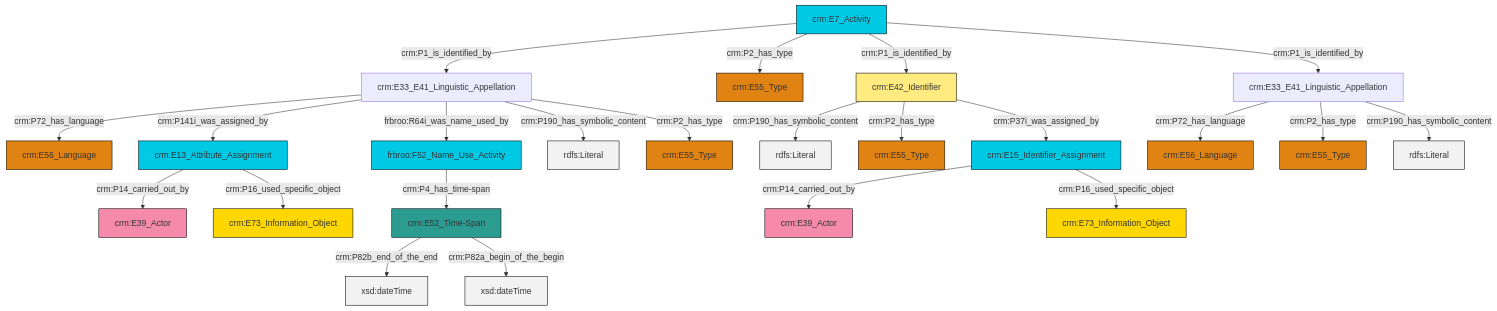
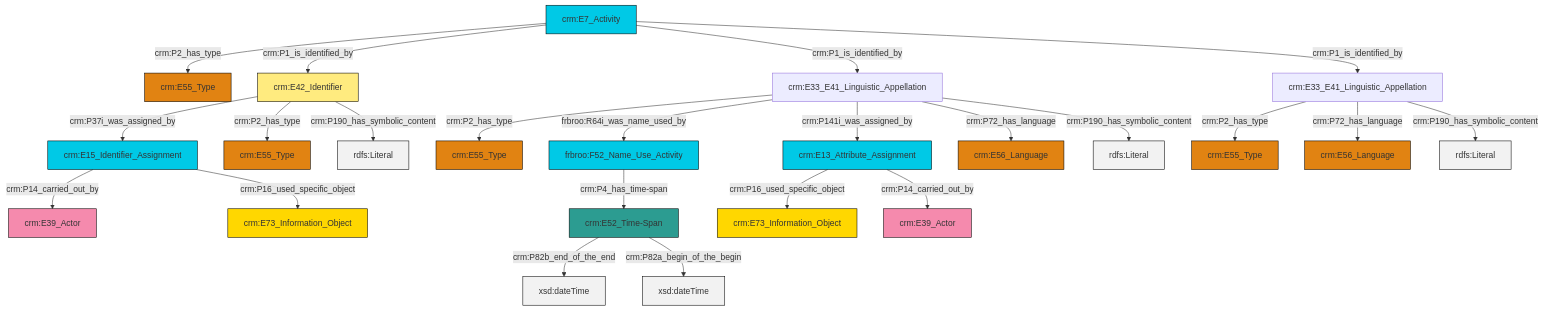
The diagram in et/eventCSV/ttl/mmd/event_name.ttl.mmd (swiss-art-research-net/docs.swissartresearch), drawn with Mermaid before and after one commit. The commit also changed 178 other files, not shown here.

```diff
--- a/et/eventCSV/ttl/mmd/event_name.ttl.mmd
+++ b/et/eventCSV/ttl/mmd/event_name.ttl.mmd
@@ -1,37 +1,37 @@
 graph TD
 classDef Literal fill:#f2f2f2,stroke:#000000;
 classDef CRM_Entity fill:#FFFFFF,stroke:#000000;
 classDef Temporal_Entity fill:#00C9E6, stroke:#000000;
 classDef Type fill:#E18312, stroke:#000000;
 classDef Time-Span fill:#2C9C91, stroke:#000000;
 classDef Appellation fill:#FFEB7F, stroke:#000000;
 classDef Place fill:#008836, stroke:#000000;
 classDef Persistent_Item fill:#B266B2, stroke:#000000;
 classDef Conceptual_Object fill:#FFD700, stroke:#000000;
 classDef Physical_Thing fill:#D2B48C, stroke:#000000;
 classDef Actor fill:#f58aad, stroke:#000000;
 classDef PC_Classes fill:#4ce600, stroke:#000000;
 classDef Multi fill:#cccccc,stroke:#000000;
 
-0["crm:E33_E41_Linguistic_Appellation"]:::Default -->|crm:P72_has_language| 1["crm:E56_Language"]:::Type
-2["crm:E15_Identifier_Assignment"]:::Temporal_Entity -->|crm:P14_carried_out_by| 3["crm:E39_Actor"]:::Actor
-6["crm:E42_Identifier"]:::Appellation -->|crm:P190_has_symbolic_content| 7[rdfs:Literal]:::Literal
-8["crm:E33_E41_Linguistic_Appellation"]:::Default -->|crm:P72_has_language| 9["crm:E56_Language"]:::Type
-10["crm:E7_Activity"]:::Temporal_Entity -->|crm:P1_is_identified_by| 0["crm:E33_E41_Linguistic_Appellation"]:::Default
-0["crm:E33_E41_Linguistic_Appellation"]:::Default -->|crm:P141i_was_assigned_by| 12["crm:E13_Attribute_Assignment"]:::Temporal_Entity
-10["crm:E7_Activity"]:::Temporal_Entity -->|crm:P2_has_type| 17["crm:E55_Type"]:::Type
-12["crm:E13_Attribute_Assignment"]:::Temporal_Entity -->|crm:P14_carried_out_by| 18["crm:E39_Actor"]:::Actor
-10["crm:E7_Activity"]:::Temporal_Entity -->|crm:P1_is_identified_by| 6["crm:E42_Identifier"]:::Appellation
-6["crm:E42_Identifier"]:::Appellation -->|crm:P2_has_type| 22["crm:E55_Type"]:::Type
-25["crm:E52_Time-Span"]:::Time-Span -->|crm:P82b_end_of_the_end| 28[xsd:dateTime]:::Literal
-0["crm:E33_E41_Linguistic_Appellation"]:::Default -->|frbroo:R64i_was_name_used_by| 20["frbroo:F52_Name_Use_Activity"]:::Temporal_Entity
-20["frbroo:F52_Name_Use_Activity"]:::Temporal_Entity -->|crm:P4_has_time-span| 25["crm:E52_Time-Span"]:::Time-Span
-10["crm:E7_Activity"]:::Temporal_Entity -->|crm:P1_is_identified_by| 8["crm:E33_E41_Linguistic_Appellation"]:::Default
-8["crm:E33_E41_Linguistic_Appellation"]:::Default -->|crm:P2_has_type| 29["crm:E55_Type"]:::Type
-6["crm:E42_Identifier"]:::Appellation -->|crm:P37i_was_assigned_by| 2["crm:E15_Identifier_Assignment"]:::Temporal_Entity
-2["crm:E15_Identifier_Assignment"]:::Temporal_Entity -->|crm:P16_used_specific_object| 32["crm:E73_Information_Object"]:::Conceptual_Object
-0["crm:E33_E41_Linguistic_Appellation"]:::Default -->|crm:P190_has_symbolic_content| 33[rdfs:Literal]:::Literal
-12["crm:E13_Attribute_Assignment"]:::Temporal_Entity -->|crm:P16_used_specific_object| 4["crm:E73_Information_Object"]:::Conceptual_Object
-25["crm:E52_Time-Span"]:::Time-Span -->|crm:P82a_begin_of_the_begin| 35[xsd:dateTime]:::Literal
-0["crm:E33_E41_Linguistic_Appellation"]:::Default -->|crm:P2_has_type| 14["crm:E55_Type"]:::Type
-8["crm:E33_E41_Linguistic_Appellation"]:::Default -->|crm:P190_has_symbolic_content| 39[rdfs:Literal]:::Literal
+0["crm:E15_Identifier_Assignment"]:::Temporal_Entity -->|crm:P14_carried_out_by| 1["crm:E39_Actor"]:::Actor
+2["crm:E52_Time-Span"]:::Time-Span -->|crm:P82b_end_of_the_end| 3[xsd:dateTime]:::Literal
+6["crm:E33_E41_Linguistic_Appellation"]:::Default -->|crm:P2_has_type| 7["crm:E55_Type"]:::Type
+6["crm:E33_E41_Linguistic_Appellation"]:::Default -->|crm:P72_has_language| 4["crm:E56_Language"]:::Type
+19["crm:E7_Activity"]:::Temporal_Entity -->|crm:P2_has_type| 17["crm:E55_Type"]:::Type
+8["crm:E33_E41_Linguistic_Appellation"]:::Default -->|crm:P2_has_type| 15["crm:E55_Type"]:::Type
+22["crm:E13_Attribute_Assignment"]:::Temporal_Entity -->|crm:P16_used_specific_object| 23["crm:E73_Information_Object"]:::Conceptual_Object
+11["crm:E42_Identifier"]:::Appellation -->|crm:P37i_was_assigned_by| 0["crm:E15_Identifier_Assignment"]:::Temporal_Entity
+8["crm:E33_E41_Linguistic_Appellation"]:::Default -->|frbroo:R64i_was_name_used_by| 24["frbroo:F52_Name_Use_Activity"]:::Temporal_Entity
+8["crm:E33_E41_Linguistic_Appellation"]:::Default -->|crm:P141i_was_assigned_by| 22["crm:E13_Attribute_Assignment"]:::Temporal_Entity
+8["crm:E33_E41_Linguistic_Appellation"]:::Default -->|crm:P72_has_language| 13["crm:E56_Language"]:::Type
+0["crm:E15_Identifier_Assignment"]:::Temporal_Entity -->|crm:P16_used_specific_object| 26["crm:E73_Information_Object"]:::Conceptual_Object
+19["crm:E7_Activity"]:::Temporal_Entity -->|crm:P1_is_identified_by| 11["crm:E42_Identifier"]:::Appellation
+8["crm:E33_E41_Linguistic_Appellation"]:::Default -->|crm:P190_has_symbolic_content| 27[rdfs:Literal]:::Literal
+2["crm:E52_Time-Span"]:::Time-Span -->|crm:P82a_begin_of_the_begin| 28[xsd:dateTime]:::Literal
+6["crm:E33_E41_Linguistic_Appellation"]:::Default -->|crm:P190_has_symbolic_content| 30[rdfs:Literal]:::Literal
+24["frbroo:F52_Name_Use_Activity"]:::Temporal_Entity -->|crm:P4_has_time-span| 2["crm:E52_Time-Span"]:::Time-Span
+22["crm:E13_Attribute_Assignment"]:::Temporal_Entity -->|crm:P14_carried_out_by| 34["crm:E39_Actor"]:::Actor
+11["crm:E42_Identifier"]:::Appellation -->|crm:P2_has_type| 20["crm:E55_Type"]:::Type
+19["crm:E7_Activity"]:::Temporal_Entity -->|crm:P1_is_identified_by| 8["crm:E33_E41_Linguistic_Appellation"]:::Default
+11["crm:E42_Identifier"]:::Appellation -->|crm:P190_has_symbolic_content| 39[rdfs:Literal]:::Literal
+19["crm:E7_Activity"]:::Temporal_Entity -->|crm:P1_is_identified_by| 6["crm:E33_E41_Linguistic_Appellation"]:::Default
```
